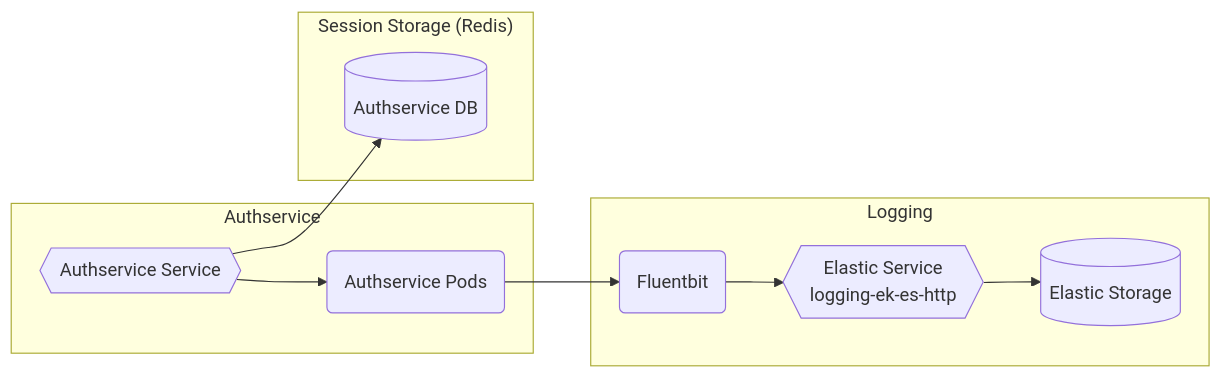
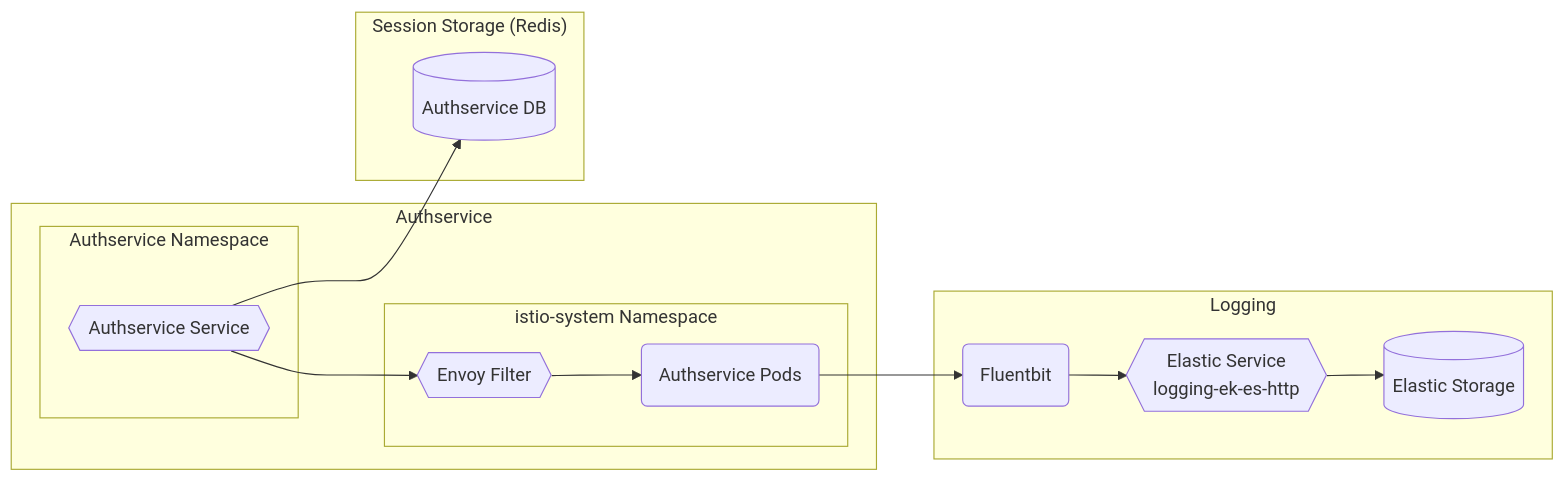
One commit to rjferguson21/big-bang changed the diagram in charter/packages/authservice/Architecture.md. Above: the diagram before and after it, drawn with Mermaid.

Commit message:
update mermaid diagram

````diff
--- a/charter/packages/authservice/Architecture.md
+++ b/charter/packages/authservice/Architecture.md
@@ -13,16 +13,24 @@
 ```mermaid
 graph LR
   subgraph "Authservice"
-    authservicepods("Authservice Pods")
-    authservice{{"Authservice Service"}} --> authservicepods("Authservice Pods")
+    authservicepods("Authservice Pod(s)")
+
+    subgraph "istio-system Namespace"
+      envoyfilter{{"Envoy Filter"}} --> authservicepods
+    end
+    
+    subgraph "Authservice Namespace"
+      authservice{{"Authservice Service"}} --> envoyfilter
+    end
+        
   end
 
   subgraph "Session Storage (Redis)"
     authservice --> database3[("Authservice DB")]
   end
 
   subgraph "Logging"
     authservicepods("Authservice Pods") --> fluent(Fluentbit) --> logging-ek-es-http
     logging-ek-es-http{{Elastic Service<br />logging-ek-es-http}} --> elastic[(Elastic Storage)]
   end
 ```
````
